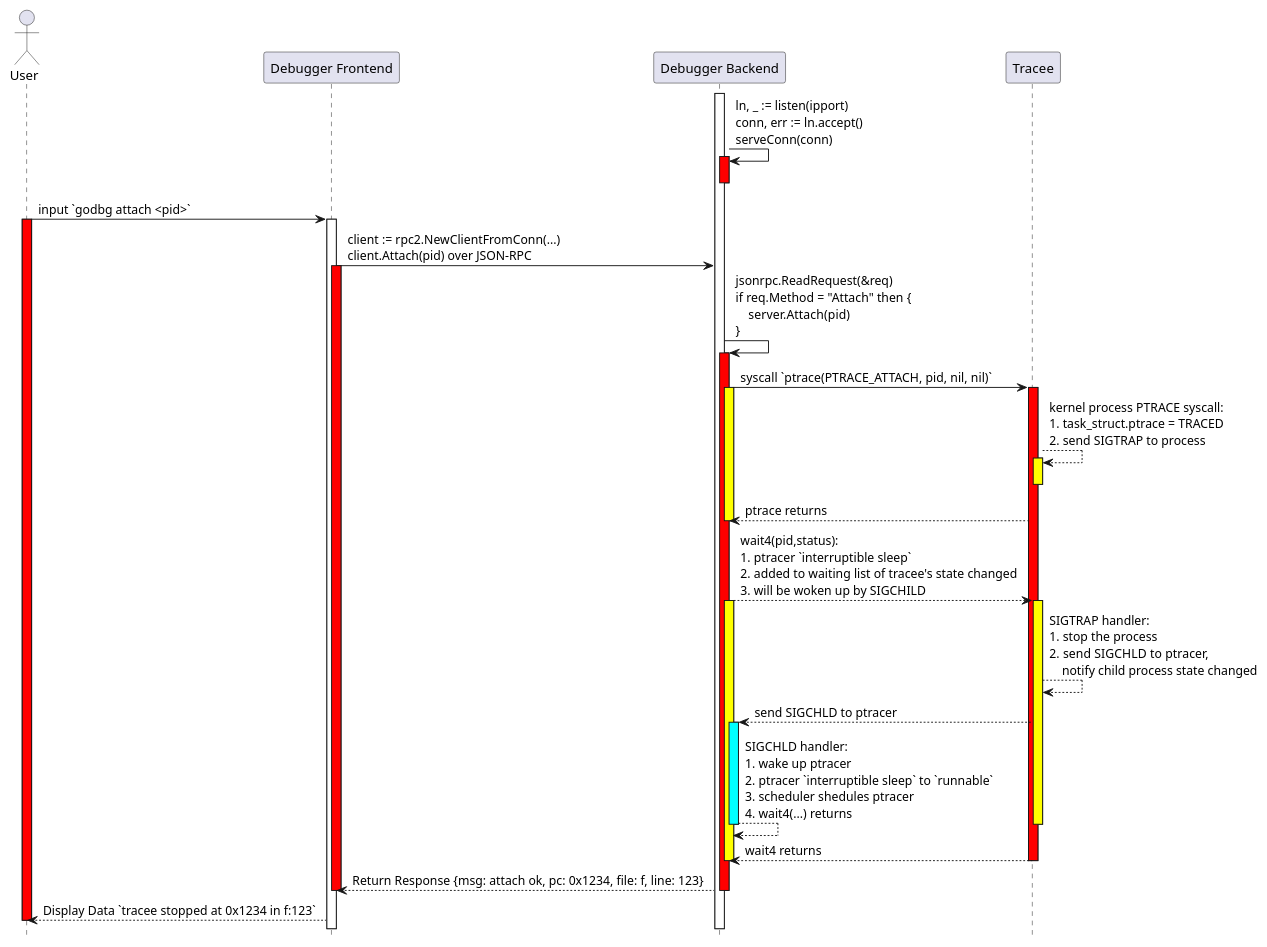
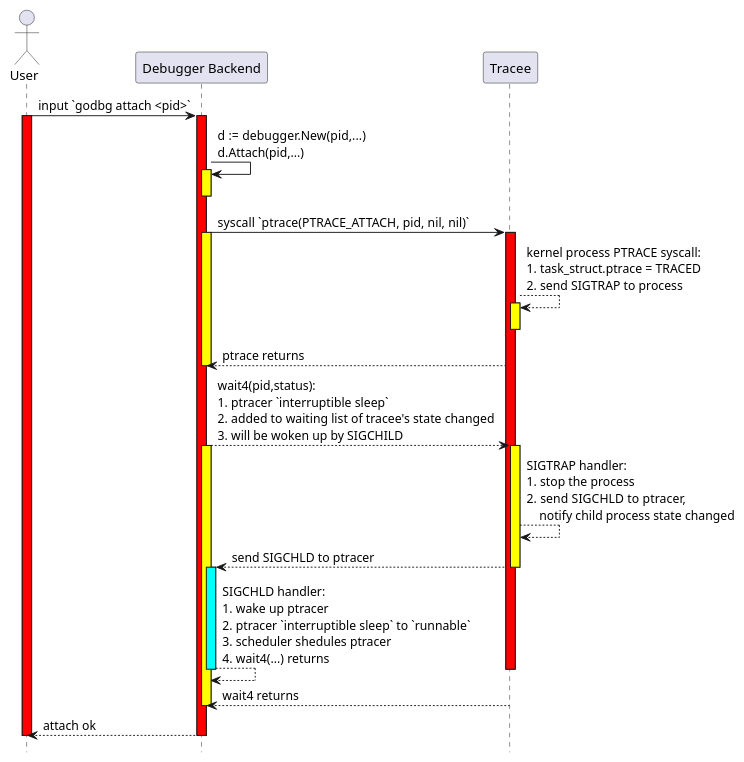
Before and after one commit to hitzhangjie/tinydbg: the diagram in articles/00-how-attach-works.puml, drawn with PlantUML. The commit also changed 3 other files, not shown here.

```diff
--- a/articles/00-how-attach-works.puml
+++ b/articles/00-how-attach-works.puml
@@ -1,58 +1,52 @@
 @startuml
 
 hide footbox
 
 actor User
-participant "Debugger Frontend" as FE
 participant "Debugger Backend" as BE
 participant "Tracee" as TP
 
-activate BE
+User -> BE : input `godbg attach <pid>`
 
-BE -> BE: ln, _ := listen(ipport)\nconn, err := ln.accept()\nserveConn(conn)
+activate User #ff0000
 activate BE #ff0000
+
+BE -> BE: d := debugger.New(pid,...)\nd.Attach(pid,...)
+activate BE #ffff00
 deactivate BE
-
-
-User -> FE : input `godbg attach <pid>`
-activate User #ff0000
-activate FE
-FE -> BE: client := rpc2.NewClientFromConn(...)\nclient.Attach(pid) over JSON-RPC
-activate FE #ff0000
-BE -> BE: jsonrpc.ReadRequest(&req)\nif req.Method = "Attach" then {\n    server.Attach(pid)\n}
-activate BE #ff0000
 
 BE -> TP: syscall `ptrace(PTRACE_ATTACH, pid, nil, nil)`
 activate BE #ffff00
 activate TP #ff0000
 TP --> TP: kernel process PTRACE syscall:\n1. task_struct.ptrace = TRACED\n2. send SIGTRAP to process
 activate TP #ffff00
 deactivate TP
 TP --> BE: ptrace returns
 deactivate BE
 
 BE --> TP: wait4(pid,status):\n1. ptracer `interruptible sleep`\n2. added to waiting list of tracee's state changed\n3. will be woken up by SIGCHILD
 activate BE #ffff00
 
 activate TP #ffff00
 
 TP --> TP: SIGTRAP handler: \n1. stop the process\n2. send SIGCHLD to ptracer, \n    notify child process state changed
 TP --> BE: send SIGCHLD to ptracer
+deactivate TP
+
 activate BE #00ffff
 BE --> BE: SIGCHLD handler: \n1. wake up ptracer\n2. ptracer `interruptible sleep` to `runnable`\n3. scheduler shedules ptracer\n4. wait4(...) returns
 deactivate BE
 
 deactivate TP
 
 TP --> BE: wait4 returns
 deactivate BE
 
 deactivate TP
-BE --> FE: Return Response {msg: attach ok, pc: 0x1234, file: f, line: 123}
+
+BE --> User: attach ok
 deactivate BE
-deactivate FE
 
-FE --> User: Display Data `tracee stopped at 0x1234 in f:123`
 deactivate User
 
 @enduml
```
